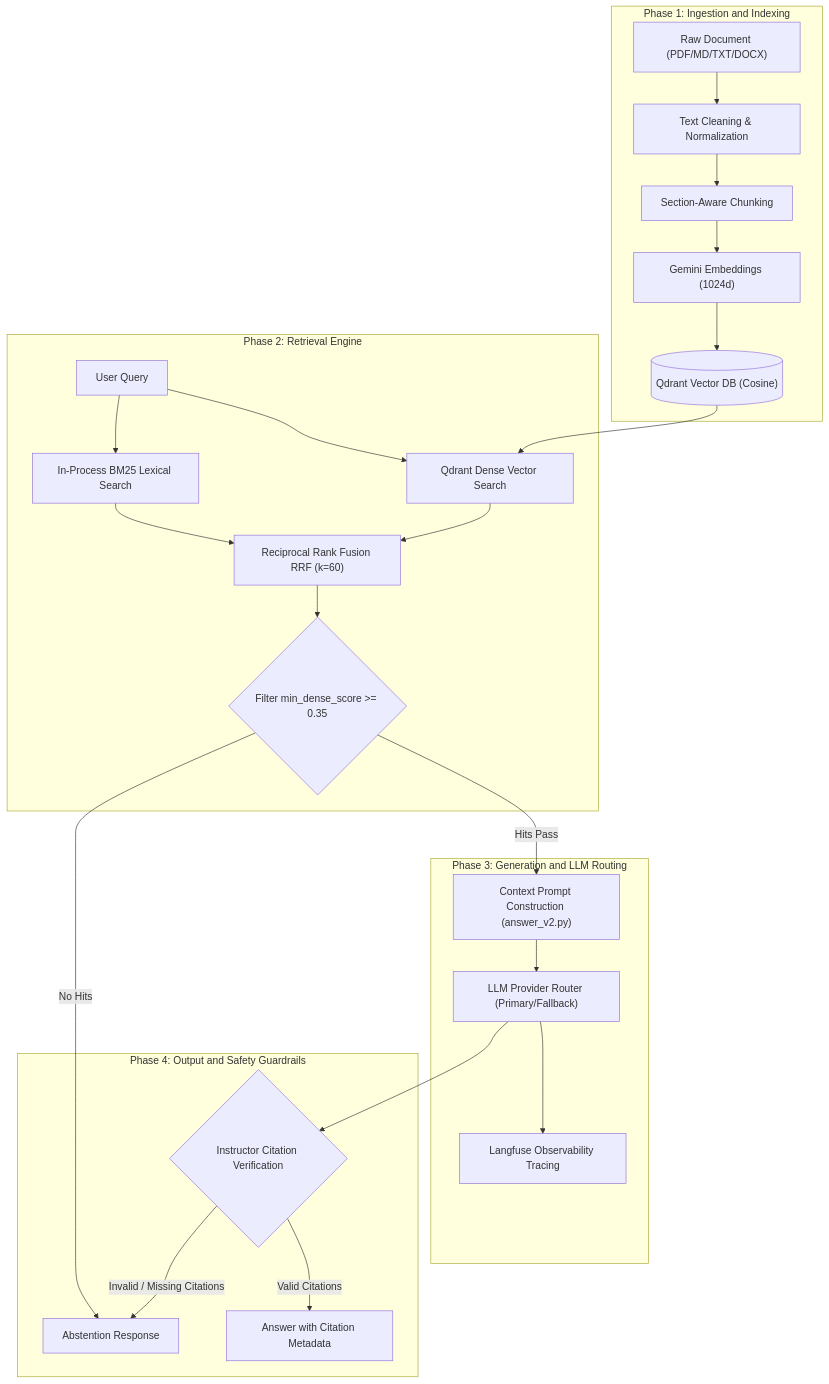
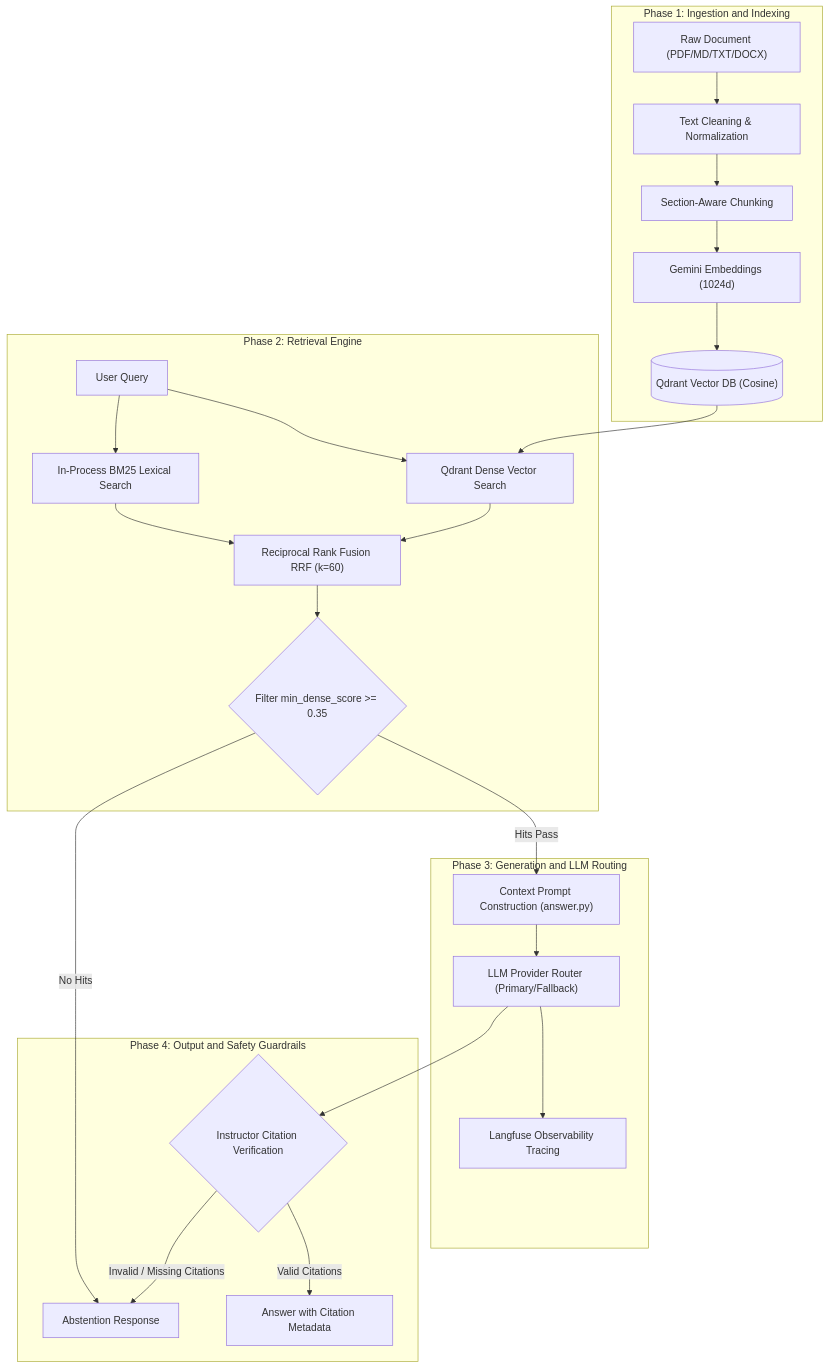
Before and after one commit to tunganhnguyen0210/Company-knowledge-RAG: the second of 2 diagrams in docs/architectures/06-simple-rag-vs-company-rag-comparison.md, drawn with Mermaid. The commit also changed other lines of this file and 53 other files, not shown here.

````diff
--- a/docs/architectures/06-simple-rag-vs-company-rag-comparison.md
+++ b/docs/architectures/06-simple-rag-vs-company-rag-comparison.md
@@ -53,31 +53,31 @@
 ```mermaid
 flowchart TD
     subgraph C_P1["Phase 1: Ingestion and Indexing"]
         C_Doc["Raw Document (PDF/MD/TXT/DOCX)"] --> C_Clean["Text Cleaning & Normalization"]
         C_Clean --> C_Chunk["Section-Aware Chunking"]
         C_Chunk --> C_Embed["Gemini Embeddings (1024d)"]
         C_Embed --> C_Qdrant[("Qdrant Vector DB (Cosine)")]
     end
 
     subgraph C_P2["Phase 2: Retrieval Engine"]
         C_Query["User Query"] --> C_Dense["Qdrant Dense Vector Search"]
         C_Query --> C_Lexical["In-Process BM25 Lexical Search"]
         C_Qdrant --> C_Dense
         C_Dense --> C_RRF["Reciprocal Rank Fusion RRF (k=60)"]
         C_Lexical --> C_RRF
         C_RRF --> C_GateScore{"Filter min_dense_score >= 0.35"}
     end
 
     subgraph C_P3["Phase 3: Generation and LLM Routing"]
-        C_GateScore -->|Hits Pass| C_Prompt["Context Prompt Construction (answer_v2.py)"]
+        C_GateScore -->|Hits Pass| C_Prompt["Context Prompt Construction (answer.py)"]
         C_Prompt --> C_Router["LLM Provider Router (Primary/Fallback)"]
         C_Router --> C_Trace["Langfuse Observability Tracing"]
     end
 
     subgraph C_P4["Phase 4: Output and Safety Guardrails"]
         C_GateScore -->|No Hits| C_Abstain["Abstention Response"]
         C_Router --> C_Verify{"Instructor Citation Verification"}
         C_Verify -->|Valid Citations| C_Out["Answer with Citation Metadata"]
         C_Verify -->|Invalid / Missing Citations| C_Abstain
     end
 ```
````
